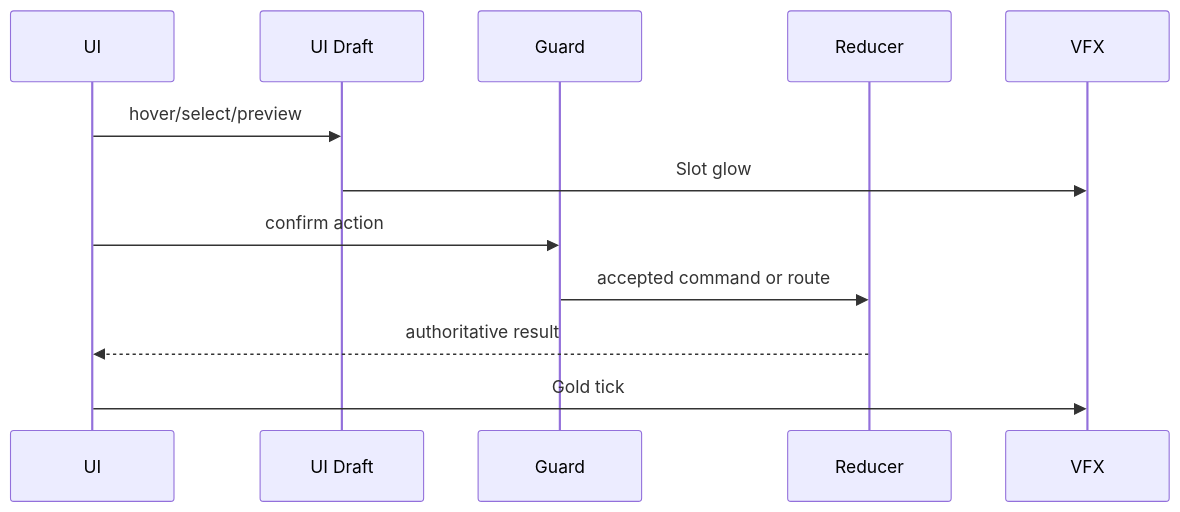
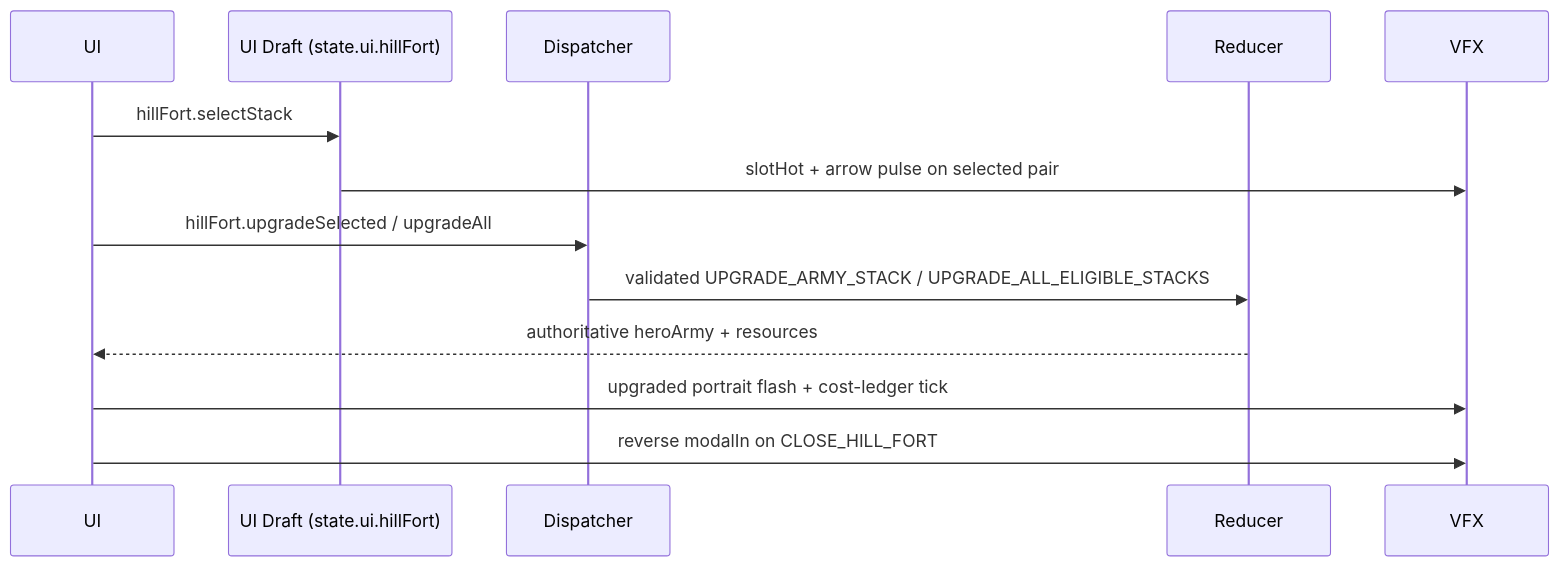
The fourth of 5 diagrams in docs/architecture/wiki/screens/13-hill-fort/architecture.md (SunaNoOshiro/Heroes_Reforged_AI_Realms), drawn with Mermaid before and after one commit. The commit also changed other lines of this file and 518 other files, not shown here.

First line of the commit message:
Add doc-audit skill and sweep architecture/screen docs

````diff
--- a/docs/architecture/wiki/screens/13-hill-fort/architecture.md
+++ b/docs/architecture/wiki/screens/13-hill-fort/architecture.md
@@ -52,14 +64,15 @@
 ```mermaid
 sequenceDiagram
   participant UI
-  participant Draft as UI Draft
-  participant Guard
+  participant Draft as UI Draft (state.ui.hillFort)
+  participant Dispatcher
   participant Reducer
   participant VFX
-  UI->>Draft: hover/select/preview
-  Draft->>VFX: Slot glow
-  UI->>Guard: confirm action
-  Guard->>Reducer: accepted command or route
-  Reducer-->>UI: authoritative result
-  UI->>VFX: Gold tick
+  UI->>Draft: hillFort.selectStack
+  Draft->>VFX: slotHot + arrow pulse on selected pair
+  UI->>Dispatcher: hillFort.upgradeSelected / upgradeAll
+  Dispatcher->>Reducer: validated UPGRADE_ARMY_STACK / UPGRADE_ALL_ELIGIBLE_STACKS
+  Reducer-->>UI: authoritative heroArmy + resources
+  UI->>VFX: upgraded portrait flash + cost-ledger tick
+  UI->>VFX: reverse modalIn on CLOSE_HILL_FORT
 ```
````
